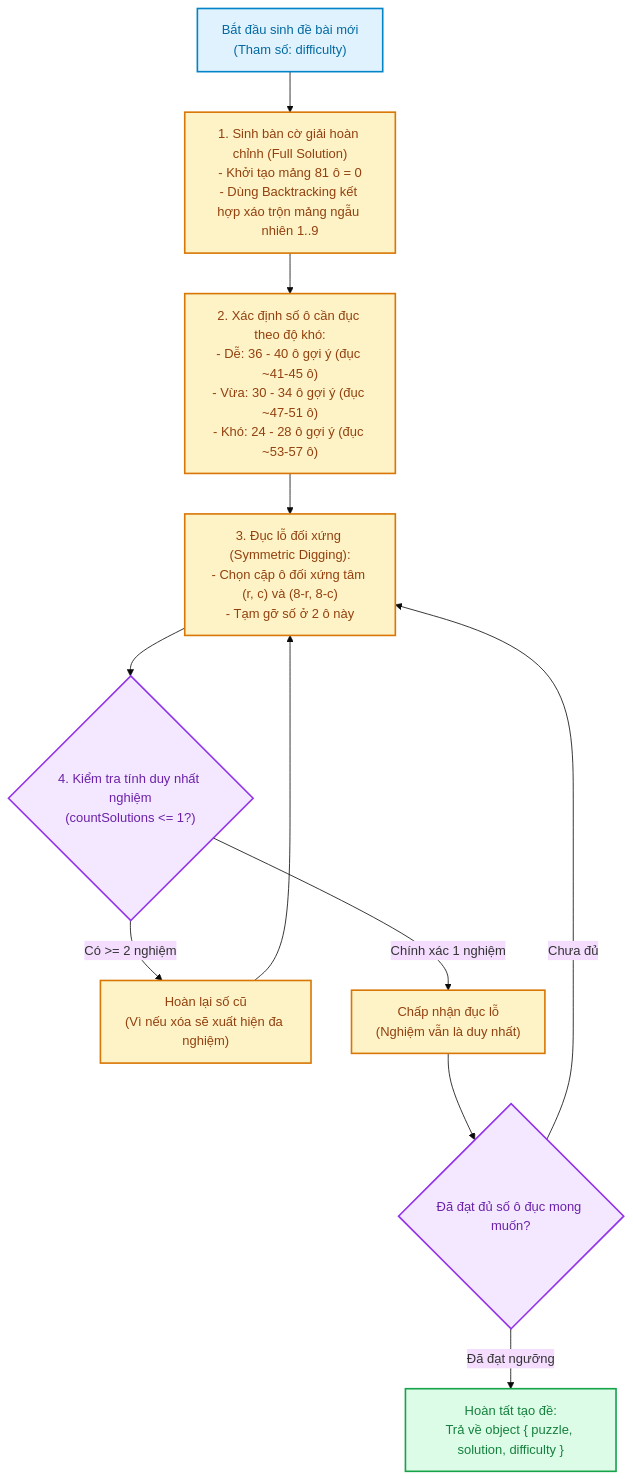
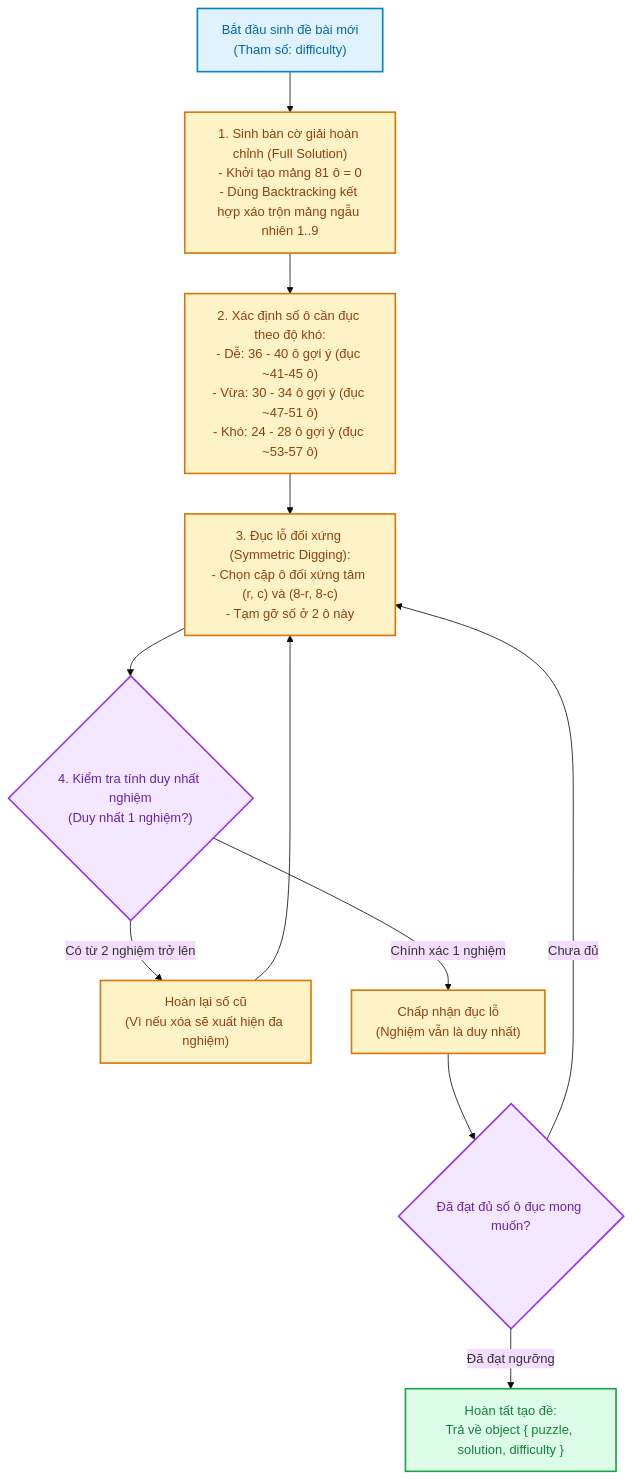
The third of 3 diagrams in docs/03_data_flow_and_sequences.md (Jhanh/Sudoku_game), drawn with Mermaid (base theme) before and after one commit. The commit also changed other lines of this file and 5 other files, not shown here.

Commit message:
fix(docs): resolve Mermaid syntax errors for github

````diff
--- a/docs/03_data_flow_and_sequences.md
+++ b/docs/03_data_flow_and_sequences.md
@@ -106,35 +104,35 @@
 ```mermaid
 flowchart TD
     classDef start fill:#E0F2FE,stroke:#0284C7,stroke-width:2px,color:#0369A1;
     classDef process fill:#FEF3C7,stroke:#D97706,stroke-width:2px,color:#92400E;
     classDef decision fill:#F3E8FF,stroke:#9333EA,stroke-width:2px,color:#6B21A8;
     classDef success fill:#DCFCE7,stroke:#16A34A,stroke-width:2px,color:#15803D;
 
     GEN_START["Bắt đầu sinh đề bài mới<br/>(Tham số: difficulty)"]
     
     GEN_FULL["1. Sinh bàn cờ giải hoàn chỉnh (Full Solution)<br/>- Khởi tạo mảng 81 ô = 0<br/>- Dùng Backtracking kết hợp xáo trộn mảng ngẫu nhiên 1..9"]
     
     GEN_TARGET["2. Xác định số ô cần đục theo độ khó:<br/>- Dễ: 36 - 40 ô gợi ý (đục ~41-45 ô)<br/>- Vừa: 30 - 34 ô gợi ý (đục ~47-51 ô)<br/>- Khó: 24 - 28 ô gợi ý (đục ~53-57 ô)"]
 
     GEN_DIG["3. Đục lỗ đối xứng (Symmetric Digging):<br/>- Chọn cặp ô đối xứng tâm (r, c) và (8-r, 8-c)<br/>- Tạm gỡ số ở 2 ô này"]
 
-    GEN_TEST{"4. Kiểm tra tính duy nhất nghiệm<br/>(countSolutions <= 1?)"}
+    GEN_TEST{"4. Kiểm tra tính duy nhất nghiệm<br/>(Duy nhất 1 nghiệm?)"}
 
     GEN_REVERT["Hoàn lại số cũ<br/>(Vì nếu xóa sẽ xuất hiện đa nghiệm)"]
     GEN_KEEP["Chấp nhận đục lỗ<br/>(Nghiệm vẫn là duy nhất)"]
 
     GEN_CHECK{"Đã đạt đủ số ô đục mong muốn?"}
 
     GEN_DONE["Hoàn tất tạo đề:<br/>Trả về object { puzzle, solution, difficulty }"]
 
     GEN_START --> GEN_FULL --> GEN_TARGET --> GEN_DIG --> GEN_TEST
-    GEN_TEST -->|"Có >= 2 nghiệm"| GEN_REVERT --> GEN_DIG
+    GEN_TEST -->|"Có từ 2 nghiệm trở lên"| GEN_REVERT --> GEN_DIG
     GEN_TEST -->|"Chính xác 1 nghiệm"| GEN_KEEP --> GEN_CHECK
     GEN_CHECK -->|"Chưa đủ"| GEN_DIG
     GEN_CHECK -->|"Đã đạt ngưỡng"| GEN_DONE
 
     class GEN_START start;
     class GEN_FULL,GEN_TARGET,GEN_DIG,GEN_REVERT,GEN_KEEP process;
     class GEN_TEST,GEN_CHECK decision;
     class GEN_DONE success;
 ```
````
